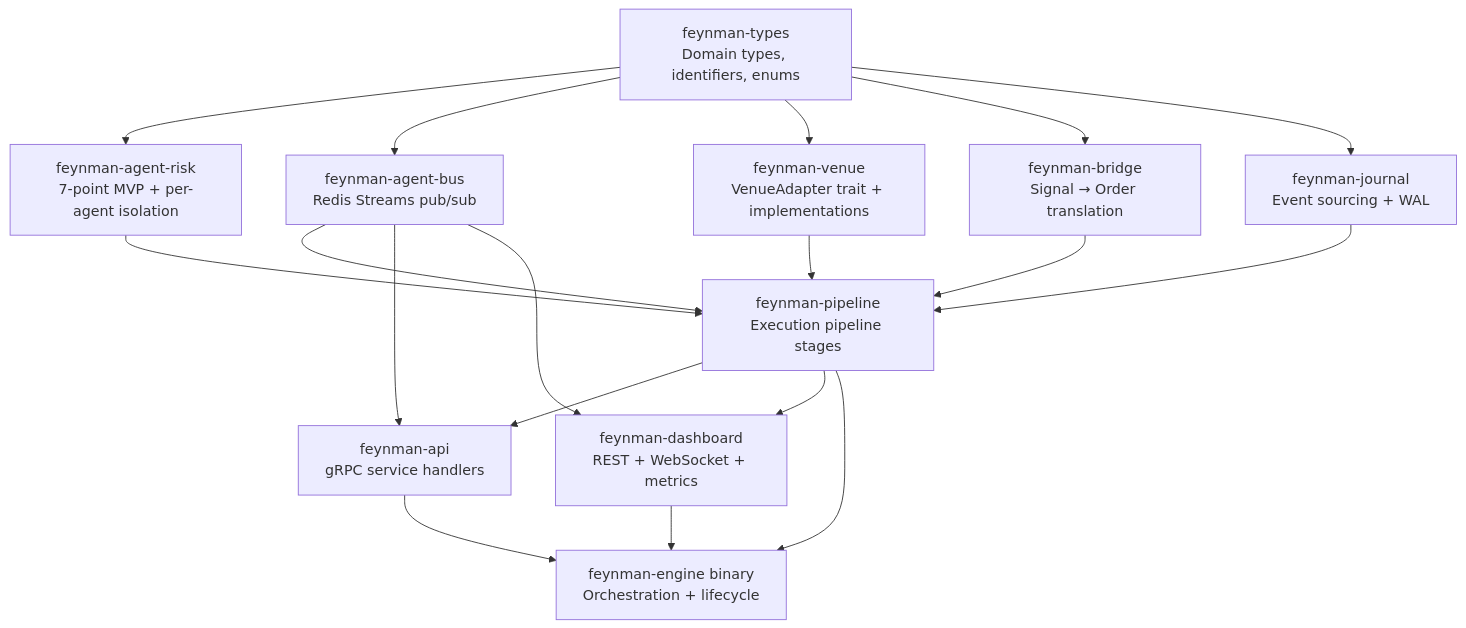
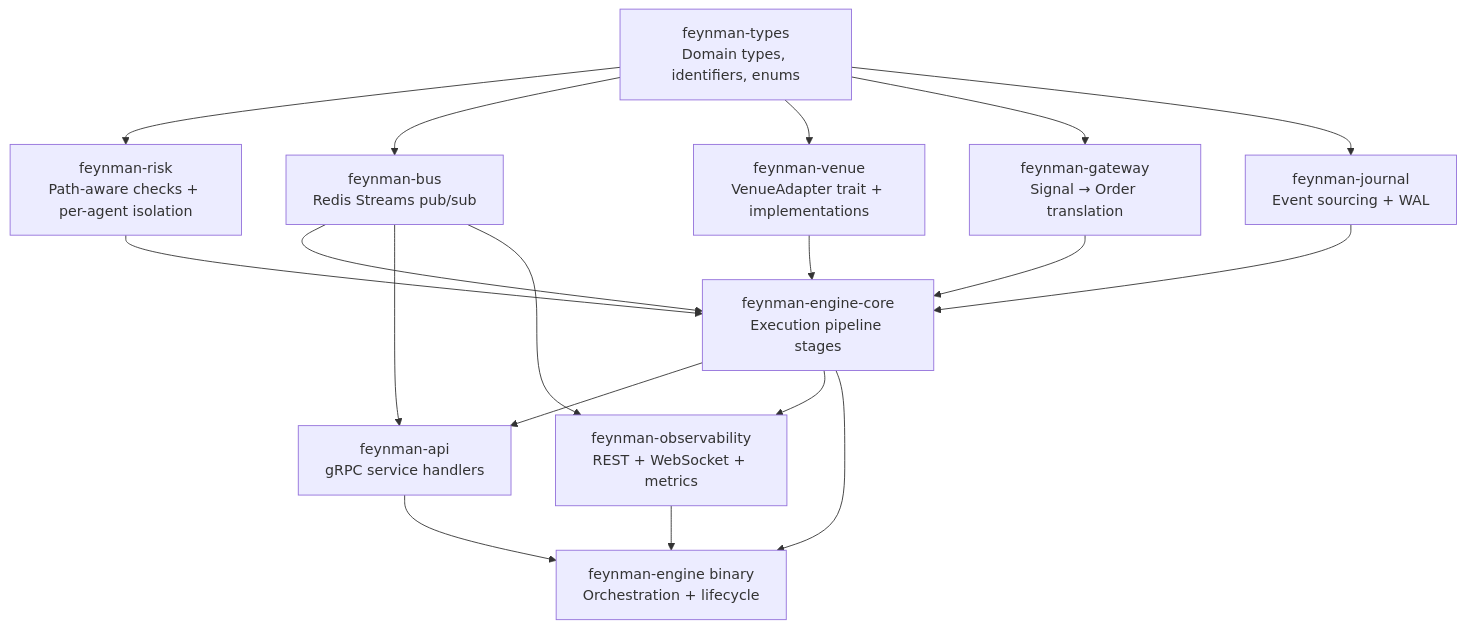
One commit to investlink-ai/feynman-engine changed the third of 7 diagrams in docs/SYSTEM_ARCHITECTURE.md. Above: the diagram before and after it, drawn with Mermaid. The commit also changed other lines of this file and 48 other files, not shown here.

````diff
--- a/docs/SYSTEM_ARCHITECTURE.md
+++ b/docs/SYSTEM_ARCHITECTURE.md
@@ -171,31 +171,31 @@
 ```mermaid
 graph TD
     TYPES[feynman-types<br/>Domain types, identifiers, enums]
-    RISK[feynman-agent-risk<br/>7-point MVP + per-agent isolation]
-    BUS[feynman-agent-bus<br/>Redis Streams pub/sub]
+    RISK[feynman-risk<br/>Path-aware checks + per-agent isolation]
+    BUS[feynman-bus<br/>Redis Streams pub/sub]
     VENUE[feynman-venue<br/>VenueAdapter trait + implementations]
-    BRIDGE[feynman-bridge<br/>Signal → Order translation]
-    PIPELINE[feynman-pipeline<br/>Execution pipeline stages]
+    GATEWAY[feynman-gateway<br/>Signal → Order translation]
+    ENGINECORE[feynman-engine-core<br/>Execution pipeline stages]
     JOURNAL[feynman-journal<br/>Event sourcing + WAL]
     API[feynman-api<br/>gRPC service handlers]
-    DASH[feynman-dashboard<br/>REST + WebSocket + metrics]
+    DASH[feynman-observability<br/>REST + WebSocket + metrics]
     BIN[feynman-engine binary<br/>Orchestration + lifecycle]
 
     TYPES --> RISK
     TYPES --> BUS
     TYPES --> VENUE
-    TYPES --> BRIDGE
+    TYPES --> GATEWAY
     TYPES --> JOURNAL
-    RISK --> PIPELINE
-    BUS --> PIPELINE
-    VENUE --> PIPELINE
-    BRIDGE --> PIPELINE
-    JOURNAL --> PIPELINE
-    PIPELINE --> API
-    PIPELINE --> DASH
+    RISK --> ENGINECORE
+    BUS --> ENGINECORE
+    VENUE --> ENGINECORE
+    GATEWAY --> ENGINECORE
+    JOURNAL --> ENGINECORE
+    ENGINECORE --> API
+    ENGINECORE --> DASH
     BUS --> API
     BUS --> DASH
     API --> BIN
     DASH --> BIN
-    PIPELINE --> BIN
+    ENGINECORE --> BIN
 ```
````
